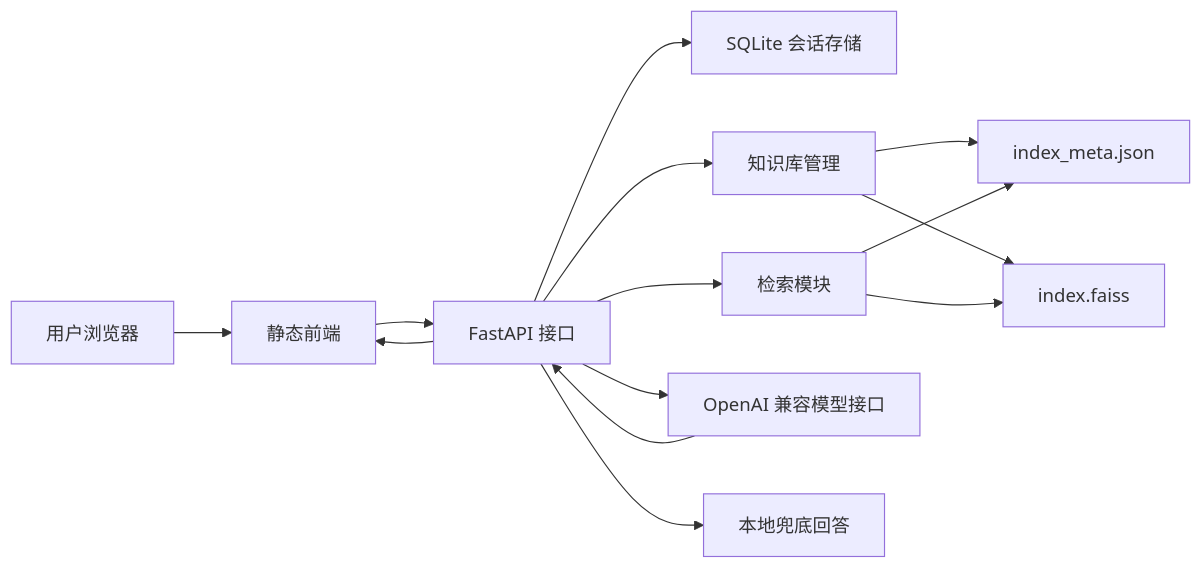
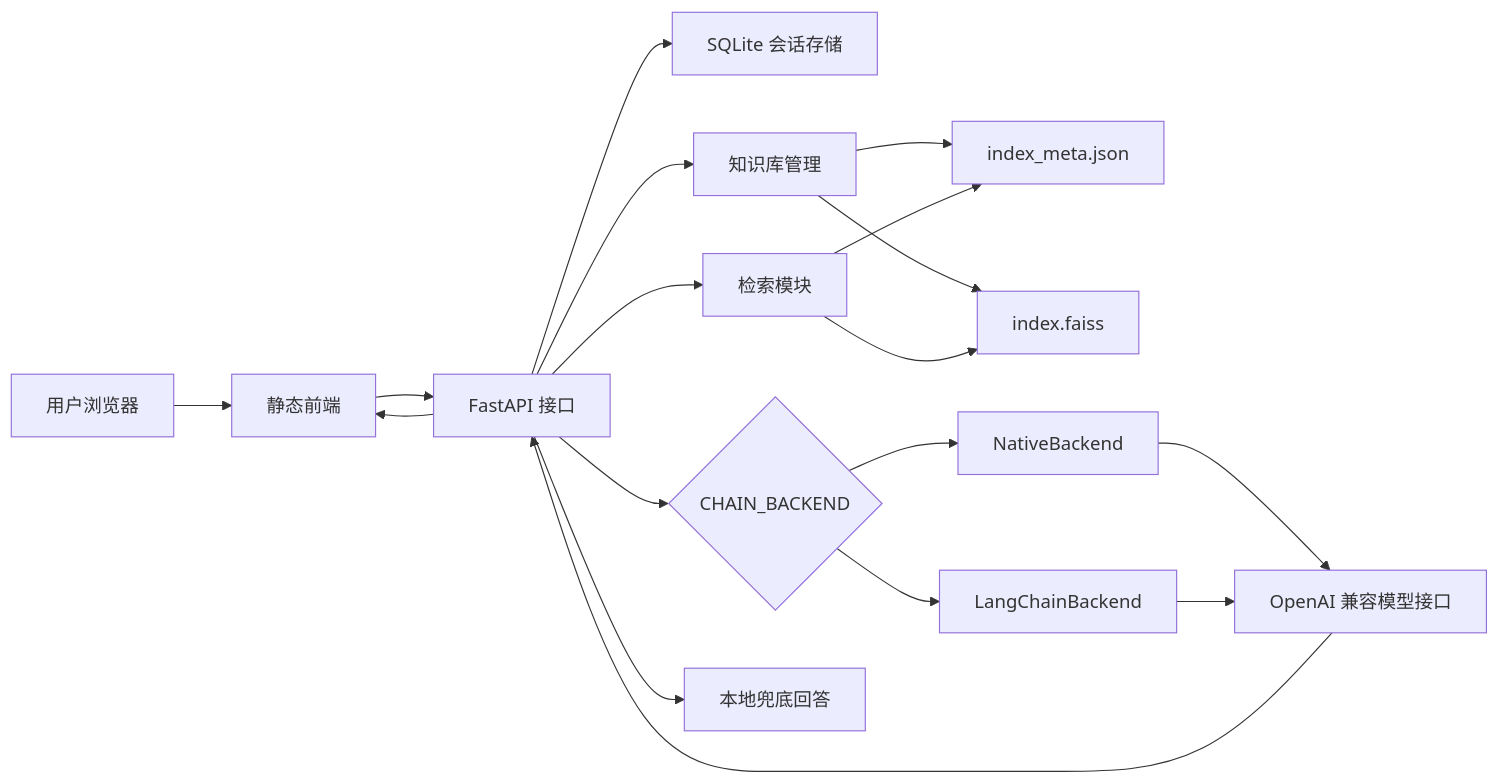
The first of 2 diagrams in README.md (zgp0406/algoguide-agent), drawn with Mermaid before and after one commit. The commit also changed other lines of this file and 9 other files, not shown here.

Commit message:
Add optional LangChain generation backend

````diff
--- a/README.md
+++ b/README.md
@@ -32,16 +34,20 @@
 ```mermaid
 flowchart LR
   U[用户浏览器] --> F[静态前端]
   F --> A[FastAPI 接口]
   A --> S[SQLite 会话存储]
   A --> K[知识库管理]
   K --> M[index_meta.json]
   K --> V[index.faiss]
   A --> R[检索模块]
   R --> M
   R --> V
-  A --> L[OpenAI 兼容模型接口]
-  L --> A
+  A --> C{CHAIN_BACKEND}
+  C --> N[NativeBackend]
+  C --> L[LangChainBackend]
+  N --> O[OpenAI 兼容模型接口]
+  L --> O
+  O --> A
   A --> B[本地兜底回答]
   A --> F
 ```
````
